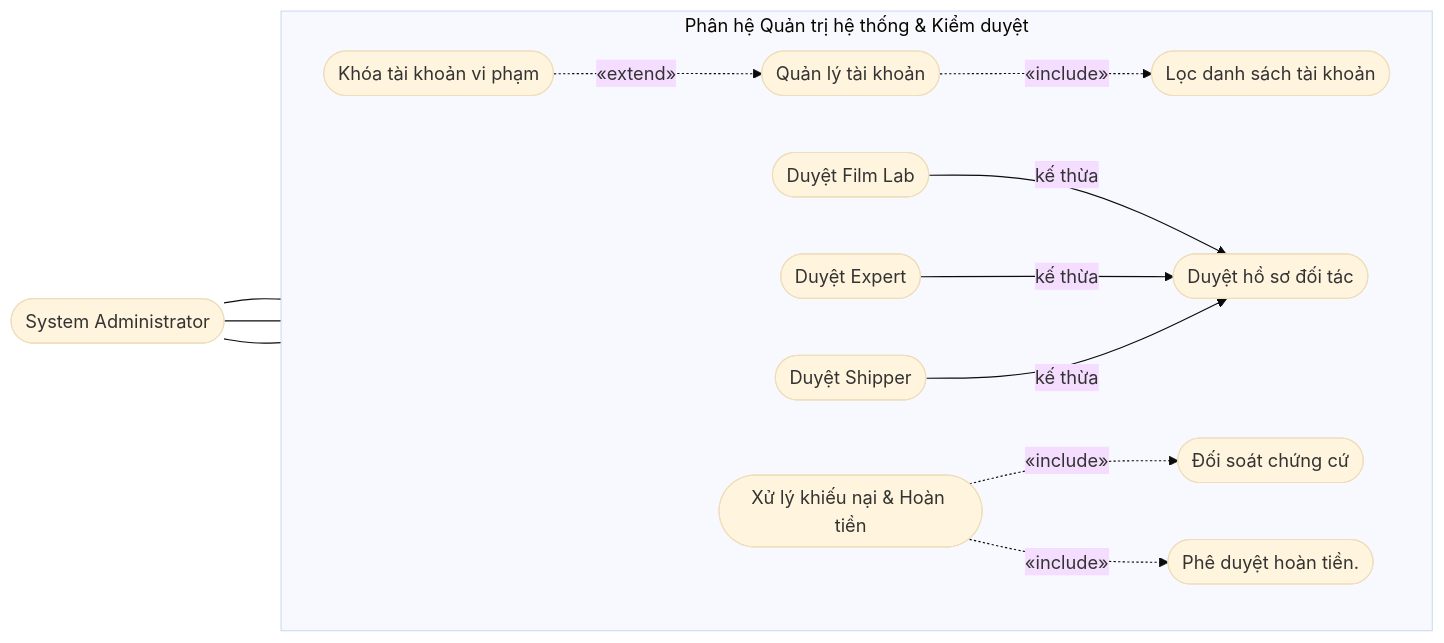
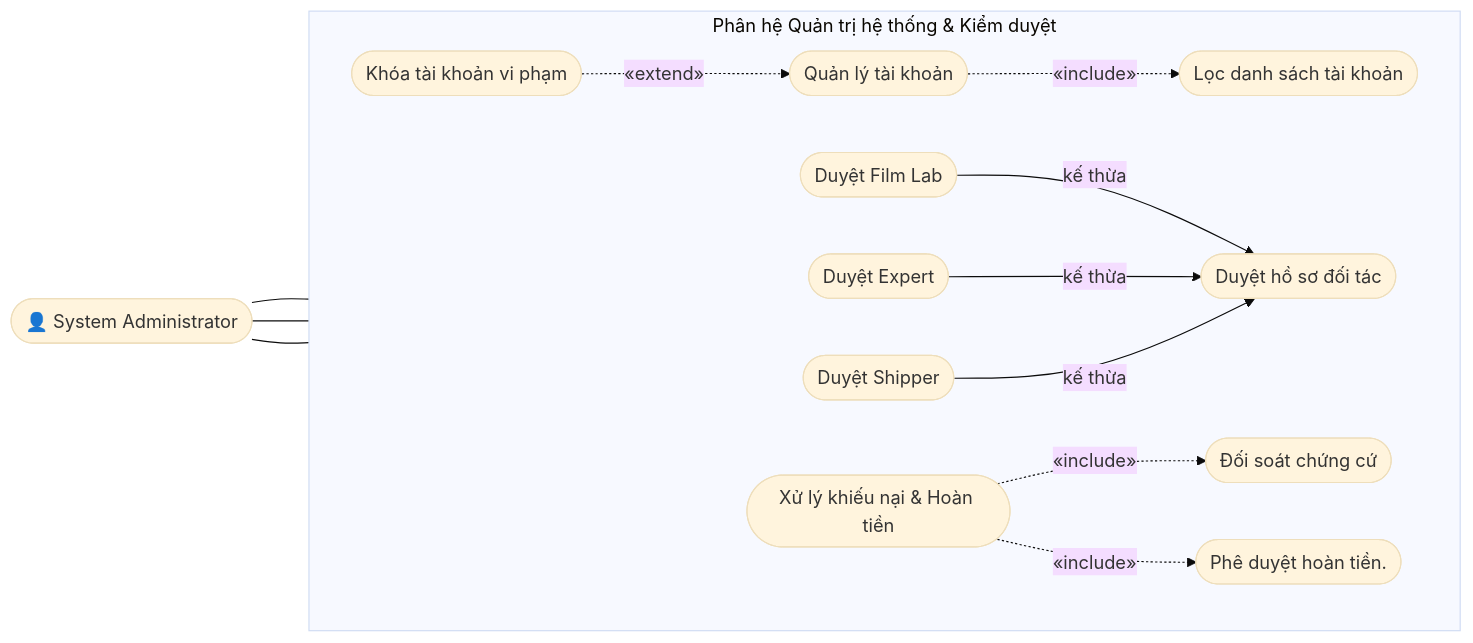
The fourth of 6 diagrams in doc/week 2/so-do-chuc-nang-nghiep-vu.md (huylamnhat/Photographer-enthusiastic-environment), drawn with Mermaid (base theme) before and after one commit. The commit also changed other lines of this file, not shown here.

````diff
--- a/doc/week 2/so-do-chuc-nang-nghiep-vu.md
+++ b/doc/week 2/so-do-chuc-nang-nghiep-vu.md
@@ -174,33 +174,33 @@
 ```mermaid
 flowchart LR
 
-    ADM([" System Administrator"])
+    ADM(["👤 System Administrator"])
 
     subgraph SYS["Phân hệ Quản trị hệ thống & Kiểm duyệt"]
         direction LR
         Q1(["Quản lý tài khoản"])
         Q1a(["Lọc danh sách tài khoản"])
         Q1b(["Khóa tài khoản vi phạm"])
 
         Q2(["Duyệt hồ sơ đối tác"])
         Q2a(["Duyệt Film Lab"])
         Q2b(["Duyệt Expert"])
         Q2c(["Duyệt Shipper"])
 
         Q3(["Xử lý khiếu nại & Hoàn tiền"])
         Q3a(["Đối soát chứng cứ"])
         Q3b(["Phê duyệt hoàn tiền."])
     end
 
     ADM --- Q1 & Q2 & Q3
 
     Q1 -.->|«include»| Q1a
     Q1b -.->|«extend»| Q1
 
     Q2a -->|kế thừa| Q2
     Q2b -->|kế thừa| Q2
     Q2c -->|kế thừa| Q2
 
     Q3 -.->|«include»| Q3a
     Q3 -.->|«include»| Q3b
 ```
````
